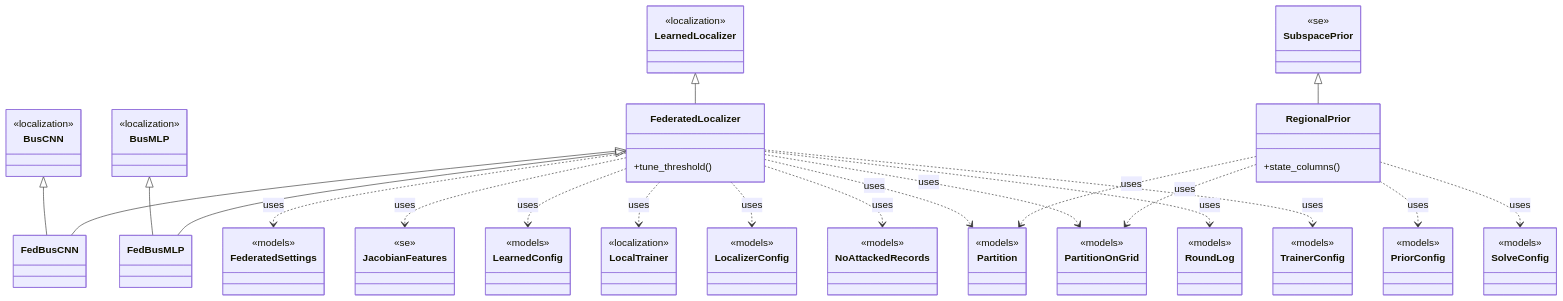
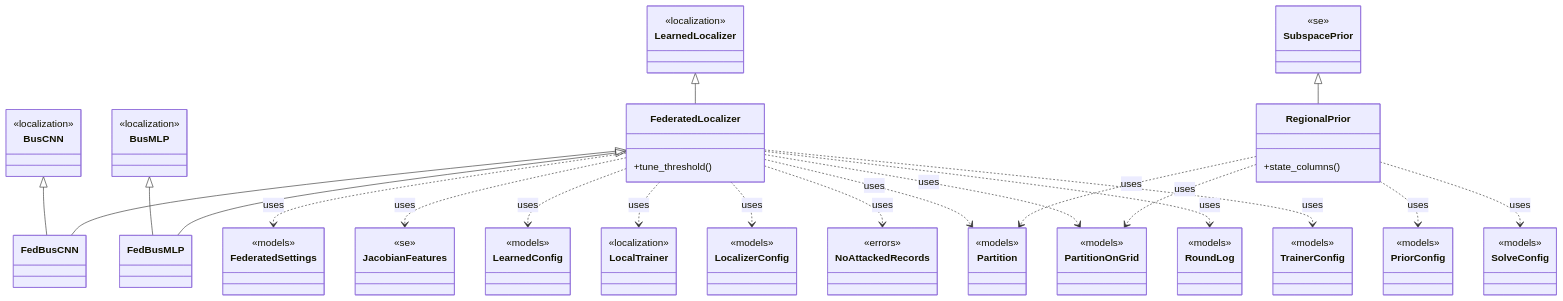
Before and after one commit to myersben9/fdia-graph: the diagram in docs/figures/diagrams/classes_federated.mmd, drawn with Mermaid. The commit also changed 130 other files, not shown here.

```diff
--- a/docs/figures/diagrams/classes_federated.mmd
+++ b/docs/figures/diagrams/classes_federated.mmd
@@ -1,79 +1,79 @@
 classDiagram
     class FederatedLocalizer {
         +tune_threshold()
     }
     class FedBusMLP {
     }
     class FedBusCNN {
     }
     class RegionalPrior {
         +state_columns()
     }
     class BusCNN {
         <<localization>>
     }
     class BusMLP {
         <<localization>>
     }
     class FederatedSettings {
         <<models>>
     }
     class JacobianFeatures {
         <<se>>
     }
     class LearnedConfig {
         <<models>>
     }
     class LearnedLocalizer {
         <<localization>>
     }
     class LocalTrainer {
         <<localization>>
     }
     class LocalizerConfig {
         <<models>>
     }
     class NoAttackedRecords {
-        <<models>>
+        <<errors>>
     }
     class Partition {
         <<models>>
     }
     class PartitionOnGrid {
         <<models>>
     }
     class PriorConfig {
         <<models>>
     }
     class RoundLog {
         <<models>>
     }
     class SolveConfig {
         <<models>>
     }
     class SubspacePrior {
         <<se>>
     }
     class TrainerConfig {
         <<models>>
     }
     BusCNN <|-- FedBusCNN
     BusMLP <|-- FedBusMLP
     FederatedLocalizer <|-- FedBusCNN
     FederatedLocalizer <|-- FedBusMLP
     LearnedLocalizer <|-- FederatedLocalizer
     SubspacePrior <|-- RegionalPrior
     FederatedLocalizer ..> FederatedSettings : uses
     FederatedLocalizer ..> JacobianFeatures : uses
     FederatedLocalizer ..> LearnedConfig : uses
     FederatedLocalizer ..> LocalTrainer : uses
     FederatedLocalizer ..> LocalizerConfig : uses
     FederatedLocalizer ..> NoAttackedRecords : uses
     FederatedLocalizer ..> Partition : uses
     FederatedLocalizer ..> PartitionOnGrid : uses
     FederatedLocalizer ..> RoundLog : uses
     FederatedLocalizer ..> TrainerConfig : uses
     RegionalPrior ..> Partition : uses
     RegionalPrior ..> PartitionOnGrid : uses
     RegionalPrior ..> PriorConfig : uses
     RegionalPrior ..> SolveConfig : uses
```
